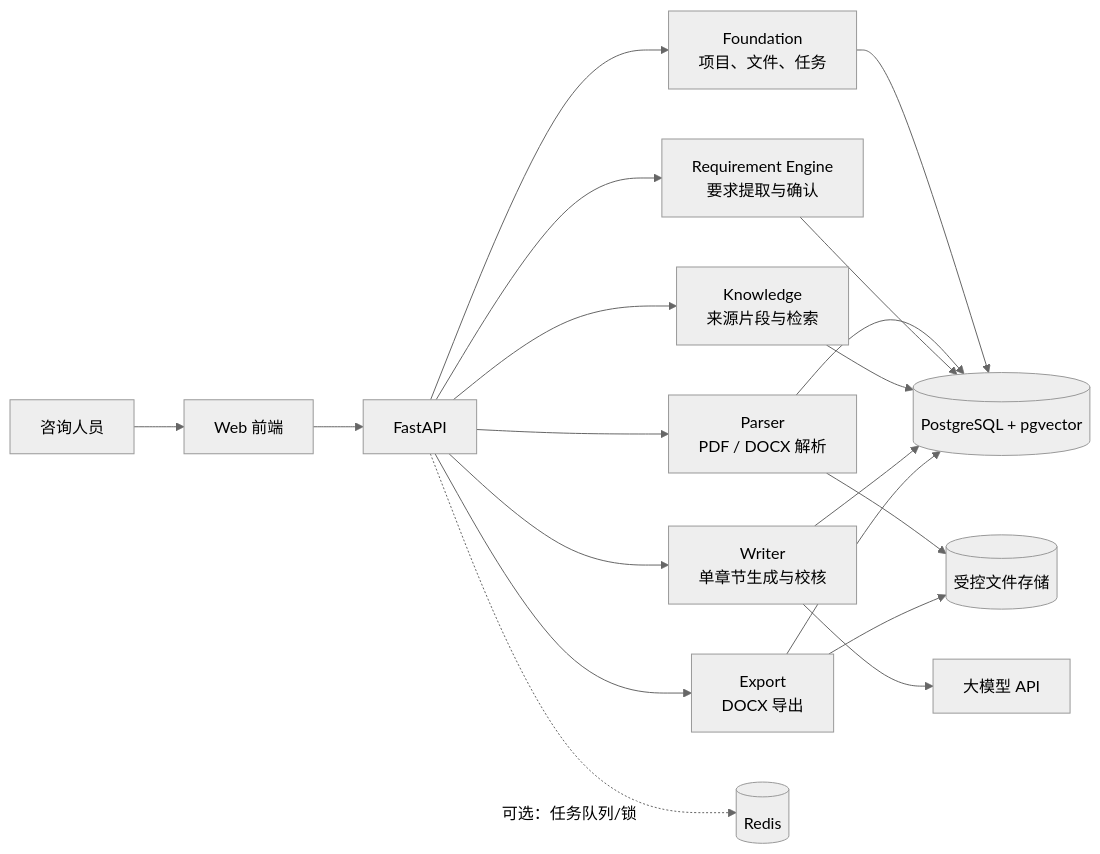
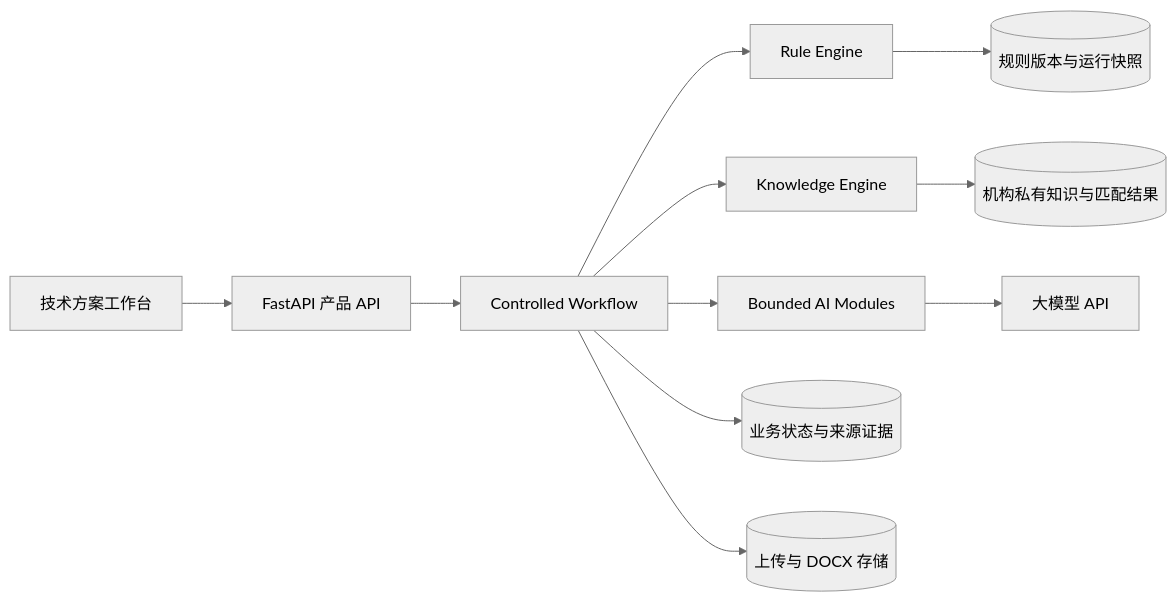
Before and after one commit to angela19990616-alt/bid-agent: the first of 2 diagrams in docs/ARCHITECTURE.md, drawn with Mermaid (neutral theme). The commit also changed other lines of this file and 58 other files, not shown here.

````diff
--- a/docs/ARCHITECTURE.md
+++ b/docs/ARCHITECTURE.md
@@ -15,24 +8,13 @@
 ```mermaid
 flowchart LR
-    U["咨询人员"] --> FE["Web 前端"]
-    FE --> API["FastAPI"]
-
-    API --> F["Foundation<br/>项目、文件、任务"]
-    API --> P["Parser<br/>PDF / DOCX 解析"]
-    API --> R["Requirement Engine<br/>要求提取与确认"]
-    API --> K["Knowledge<br/>来源片段与检索"]
-    API --> W["Writer<br/>单章节生成与校核"]
-    API --> E["Export<br/>DOCX 导出"]
-
-    F --> DB[("PostgreSQL + pgvector")]
-    P --> DB
-    R --> DB
-    K --> DB
-    W --> DB
-    E --> DB
-
-    P --> FS[("受控文件存储")]
-    E --> FS
-    API -. "可选：任务队列/锁" .-> REDIS[("Redis")]
-    W --> LLM["大模型 API"]
+    UI["技术方案工作台"] --> API["FastAPI 产品 API"]
+    API --> WF["Controlled Workflow"]
+    WF --> RE["Rule Engine"]
+    WF --> KE["Knowledge Engine"]
+    WF --> AI["Bounded AI Modules"]
+    RE --> RDB[("规则版本与运行快照")]
+    KE --> KDB[("机构私有知识与匹配结果")]
+    AI --> LLM["大模型 API"]
+    WF --> BDB[("业务状态与来源证据")]
+    WF --> FS[("上传与 DOCX 存储")]
 ```
````
